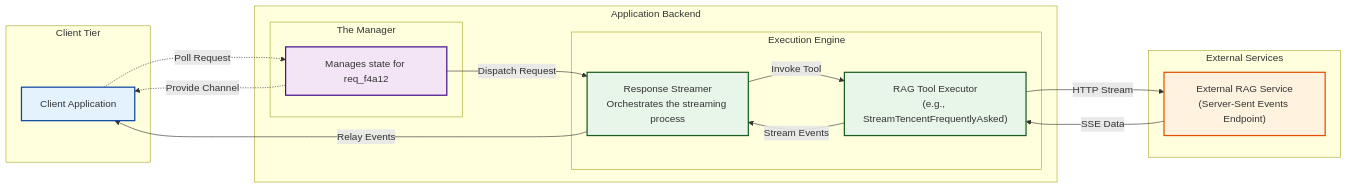
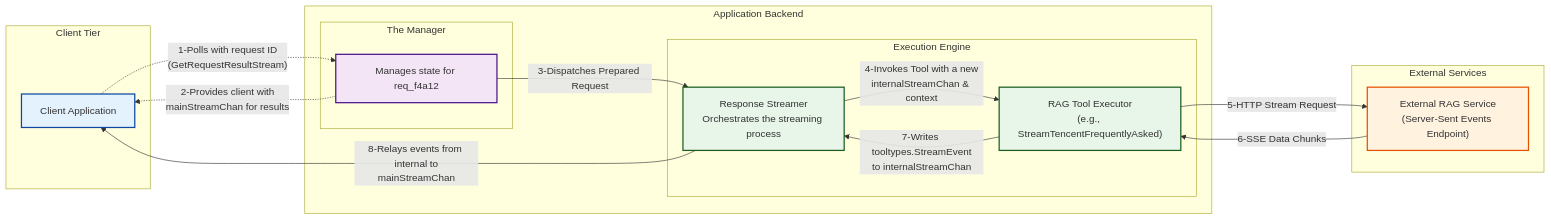
One commit to miftahulmahfuzh/agentic changed the diagram in hugo_docs/content/docs/narratives/rag_stream_pt2.md. Above: the diagram before and after it, drawn with Mermaid. The commit also changed 3 other files, not shown here.

```diff
--- a/hugo_docs/content/docs/narratives/rag_stream_pt2.md
+++ b/hugo_docs/content/docs/narratives/rag_stream_pt2.md
@@ -95,45 +95,45 @@
 {{< mermaid >}}
 graph LR
     %% Define Subgraphs for architectural layers
     subgraph Client_Tier ["Client Tier"]
         Client[Client Application]
     end
 
     subgraph Application_Backend ["Application Backend"]
         subgraph Request_Lifecycle ["The Manager"]
             Manager["Manages state for req_f4a12"]
         end
 
         subgraph Execution_Engine ["Execution Engine"]
             Streamer["Response Streamer<br/>Orchestrates the streaming process"]
             ToolExecutor["RAG Tool Executor<br/>(e.g., StreamTencentFrequentlyAsked)"]
         end
     end
 
     subgraph External_Services ["External Services"]
         RAG_API["External RAG Service<br/>(Server-Sent Events Endpoint)"]
     end
 
     %% Define Styles for clarity and elegance
     classDef client fill:#e3f2fd,stroke:#0d47a1,stroke-width:2px
     classDef manager fill:#f3e5f5,stroke:#4a148c,stroke-width:2px
     classDef executor fill:#e8f5e9,stroke:#1b5e20,stroke-width:2px
     classDef external fill:#fff3e0,stroke:#e65100,stroke-width:2px
 
     class Client client
     class Manager manager
     class Streamer,ToolExecutor executor
     class RAG_API external
 
     %% Control Flow: Establishes the connection
-    Client -.->|"Poll Request"| Manager
-    Manager -.->|"Provide Channel"| Client
+    Client -.->|"1-Polls with request ID<br/>(GetRequestResultStream)"| Manager
+    Manager -.->|"2-Provides client with<br/>mainStreamChan for results"| Client
 
     %% Execution & Data Flow: The main pipeline
-    Manager -->|"Dispatch Request"| Streamer
-    Streamer -->|"Invoke Tool"| ToolExecutor
-    ToolExecutor -->|"HTTP Stream"| RAG_API
-    RAG_API -->|"SSE Data"| ToolExecutor
-    ToolExecutor -->|"Stream Events"| Streamer
-    Streamer -->|"Relay Events"| Client
+    Manager -->|"3-Dispatches Prepared Request"| Streamer
+    Streamer -->|"4-Invokes Tool with a new<br/>internalStreamChan & context"| ToolExecutor
+    ToolExecutor -->|"5-HTTP Stream Request"| RAG_API
+    RAG_API -->|"6-SSE Data Chunks"| ToolExecutor
+    ToolExecutor -->|"7-Writes tooltypes.StreamEvent<br/>to internalStreamChan"| Streamer
+    Streamer -->|"8-Relays events from internal to<br/>mainStreamChan"| Client
 {{< /mermaid >}}
```
